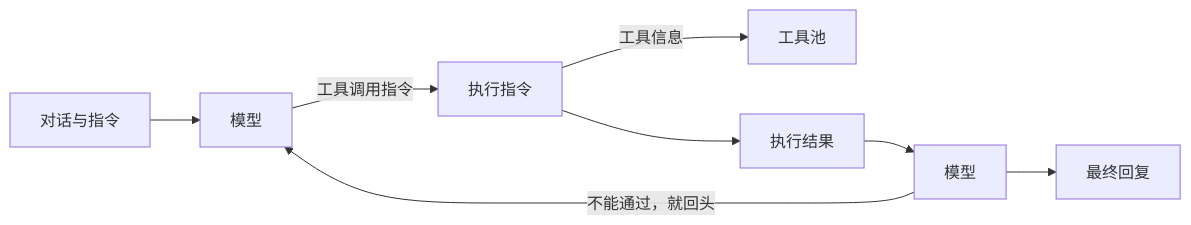
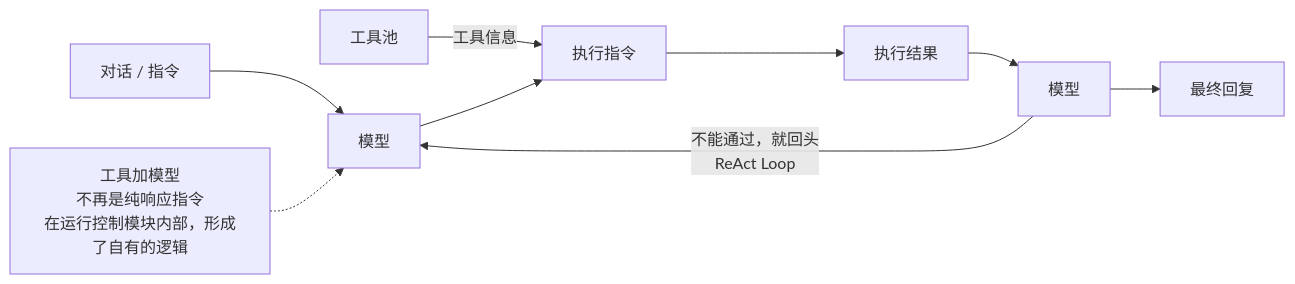
One commit to Rochsen/Rochsen.github.io changed the third of 14 diagrams in src/notes/aiApplicationEngineer/35HarnessEngineering.md. Above: the diagram before and after it, drawn with Mermaid. The commit also changed other lines of this file, not shown here.

Commit message:
fix: 修正《Harness Engineering》文档中的流程图和角色描述，增强内容清晰度

````diff
--- a/src/notes/aiApplicationEngineer/35HarnessEngineering.md
+++ b/src/notes/aiApplicationEngineer/35HarnessEngineering.md
@@ -58,10 +65,11 @@
 ```mermaid
 flowchart LR
-    D["对话与指令"] --> M1["模型"]
-    M1 -->|"工具调用指令"| X["执行指令"]
-    X -->|"工具信息"| P["工具池"]
+    D["对话 / 指令"] --> M1["模型"]
+    P["工具池"] -->|"工具信息"| X["执行指令"]
+    M1 --> X
     X --> R["执行结果"]
     R --> M2["模型"]
-    M2 -->|"不能通过，就回头"| M1
+    M2 -->|"不能通过，就回头<br/>ReAct Loop"| M1
     M2 --> A["最终回复"]
+    NOTE["工具加模型<br/>不再是纯响应指令<br/>在运行控制模块内部，形成了自有的逻辑"] -.-> M1
 ```
````
